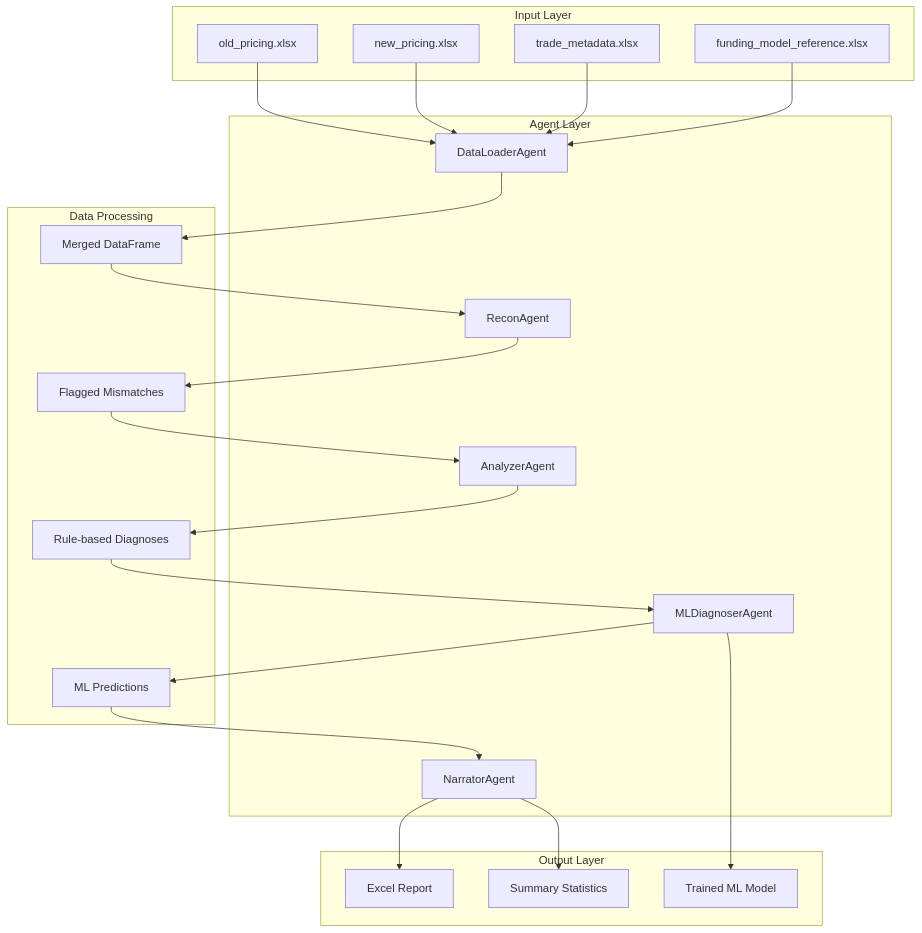
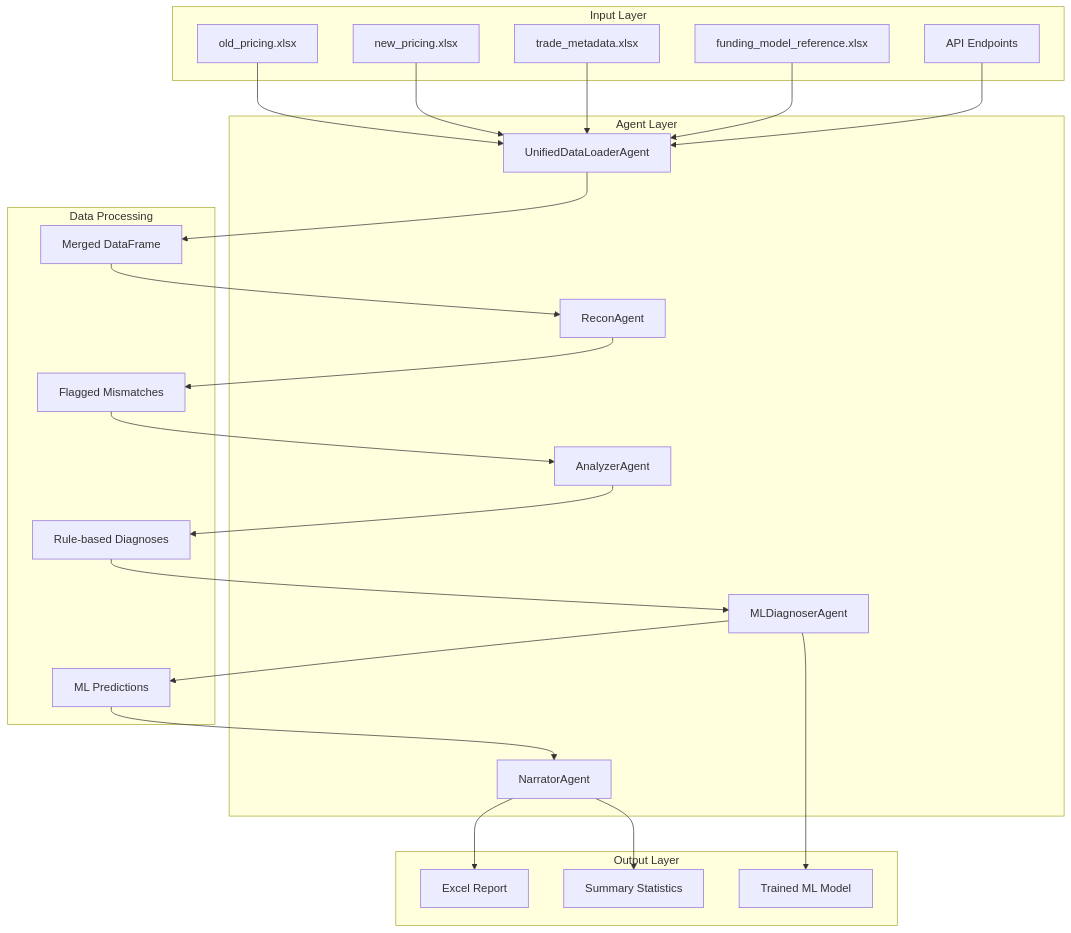
Before and after one commit to ksmadhavareddy/recon-ai: the diagram in docs/ARCHITECTURE.md, drawn with Mermaid. The commit also changed other lines of this file and 2 other files, not shown here.

First line of the commit message:
docs: update documentation to reflect unified data loader and cleanup

````diff
--- a/docs/ARCHITECTURE.md
+++ b/docs/ARCHITECTURE.md
@@ -9,46 +9,48 @@
 ```mermaid
 graph TB
     subgraph "Input Layer"
         A[old_pricing.xlsx]
         B[new_pricing.xlsx]
         C[trade_metadata.xlsx]
         D[funding_model_reference.xlsx]
+        E[API Endpoints]
     end
     
     subgraph "Agent Layer"
-        E[DataLoaderAgent]
-        F[ReconAgent]
-        G[AnalyzerAgent]
-        H[MLDiagnoserAgent]
-        I[NarratorAgent]
+        F[UnifiedDataLoaderAgent]
+        G[ReconAgent]
+        H[AnalyzerAgent]
+        I[MLDiagnoserAgent]
+        J[NarratorAgent]
     end
     
     subgraph "Data Processing"
-        J[Merged DataFrame]
-        K[Flagged Mismatches]
-        L[Rule-based Diagnoses]
-        M[ML Predictions]
+        K[Merged DataFrame]
+        L[Flagged Mismatches]
+        M[Rule-based Diagnoses]
+        N[ML Predictions]
     end
     
     subgraph "Output Layer"
-        N[Excel Report]
-        O[Trained ML Model]
-        P[Summary Statistics]
+        O[Excel Report]
+        P[Trained ML Model]
+        Q[Summary Statistics]
     end
     
-    A --> E
-    B --> E
-    C --> E
-    D --> E
-    E --> J
-    J --> F
+    A --> F
+    B --> F
+    C --> F
+    D --> F
+    E --> F
     F --> K
     K --> G
     G --> L
     L --> H
     H --> M
     M --> I
     I --> N
+    N --> J
+    J --> O
+    J --> Q
     I --> P
-    H --> O
 ```
````
